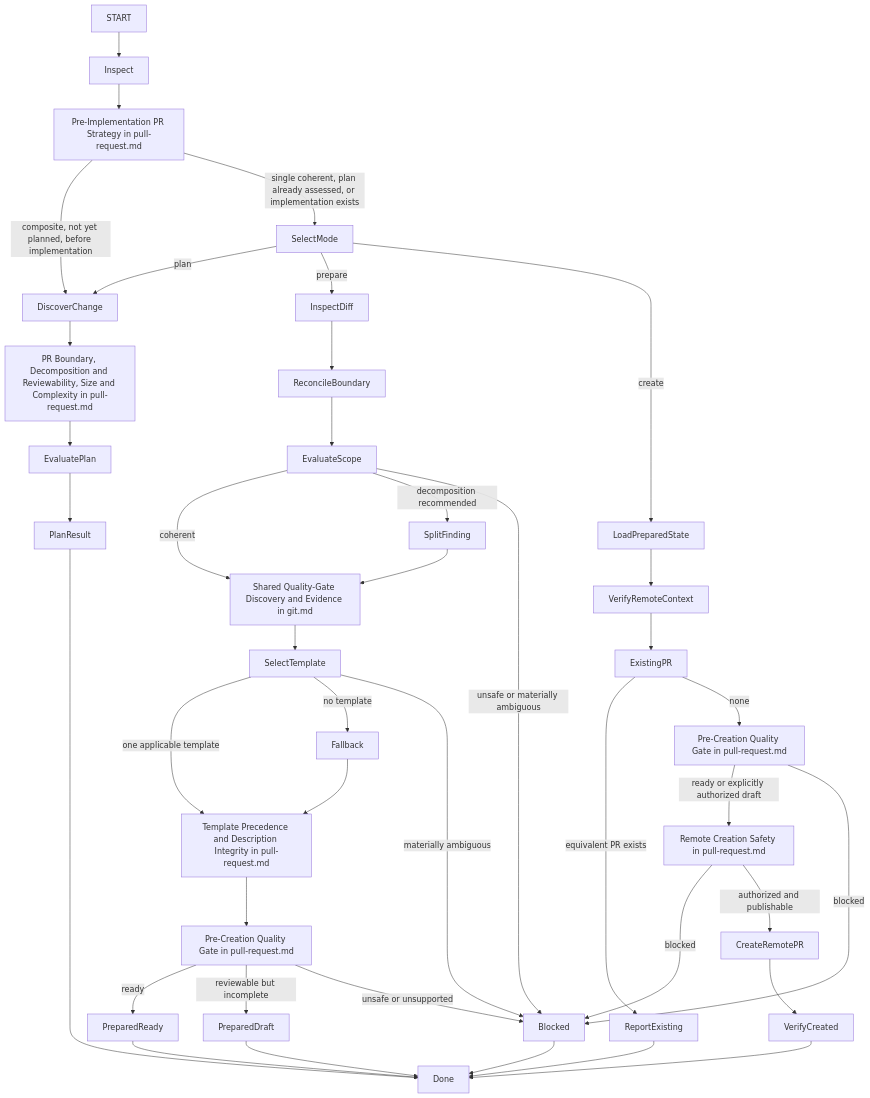
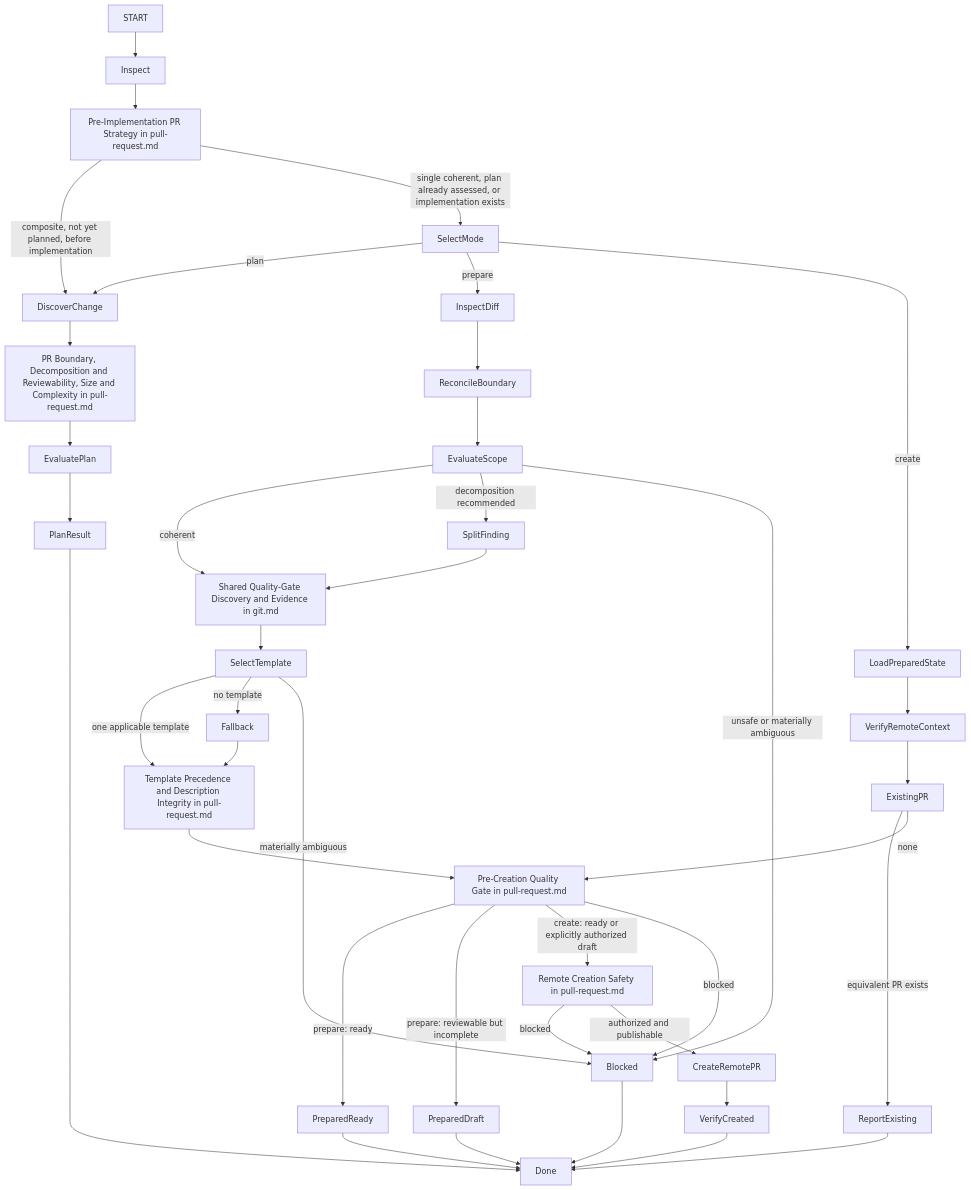
Before and after one commit to JadsonLucena/agent-toolkit: the diagram in contexts/git/skills/manage-pull-request/SKILL.md, drawn with Mermaid.

Commit message:
fix(git): reuse the pre-creation gate for PR creation

````diff
--- a/contexts/git/skills/manage-pull-request/SKILL.md
+++ b/contexts/git/skills/manage-pull-request/SKILL.md
@@ -59,53 +59,53 @@
 ```mermaid
 flowchart TD
     START --> Inspect
     Inspect --> AssessStrategy["Pre-Implementation PR Strategy in pull-request.md"]
     AssessStrategy -->|composite, not yet planned, before implementation| DiscoverChange
     AssessStrategy -->|single coherent, plan already assessed, or implementation exists| SelectMode
 
     SelectMode -->|plan| DiscoverChange
     DiscoverChange --> BuildBoundaries["PR Boundary, Decomposition and Reviewability, Size and Complexity in pull-request.md"]
     BuildBoundaries --> EvaluatePlan
     EvaluatePlan --> PlanResult
 
     SelectMode -->|prepare| InspectDiff
     InspectDiff --> ReconcileBoundary
     ReconcileBoundary --> EvaluateScope
 
     EvaluateScope -->|coherent| Verify["Shared Quality-Gate Discovery and Evidence in git.md"]
     EvaluateScope -->|decomposition recommended| SplitFinding
     EvaluateScope -->|unsafe or materially ambiguous| Blocked
 
     SplitFinding --> Verify
 
     Verify --> SelectTemplate
     SelectTemplate -->|one applicable template| Describe["Template Precedence and Description Integrity in pull-request.md"]
     SelectTemplate -->|no template| Fallback
     SelectTemplate -->|materially ambiguous| Blocked
     Fallback --> Describe
     Describe --> Gate["Pre-Creation Quality Gate in pull-request.md"]
 
-    Gate -->|ready| PreparedReady
-    Gate -->|reviewable but incomplete| PreparedDraft
-    Gate -->|unsafe or unsupported| Blocked
+    Gate -->|prepare: ready| PreparedReady
+    Gate -->|prepare: reviewable but incomplete| PreparedDraft
+    Gate -->|create: ready or explicitly authorized draft| CreationGate
+    Gate -->|blocked| Blocked
 
     SelectMode -->|create| LoadPreparedState
     LoadPreparedState --> VerifyRemoteContext
     VerifyRemoteContext --> ExistingPR
 
     ExistingPR -->|equivalent PR exists| ReportExisting
-    ExistingPR -->|none| CreationEvidence["Pre-Creation Quality Gate in pull-request.md"]
-    CreationEvidence -->|ready or explicitly authorized draft| CreationGate["Remote Creation Safety in pull-request.md"]
-    CreationEvidence -->|blocked| Blocked
+    ExistingPR -->|none| Gate
+    CreationGate["Remote Creation Safety in pull-request.md"]
 
     CreationGate -->|blocked| Blocked
     CreationGate -->|authorized and publishable| CreateRemotePR
     CreateRemotePR --> VerifyCreated
     VerifyCreated --> Done
 
     PlanResult --> Done
     PreparedReady --> Done
     PreparedDraft --> Done
     ReportExisting --> Done
     Blocked --> Done
 ```
````
